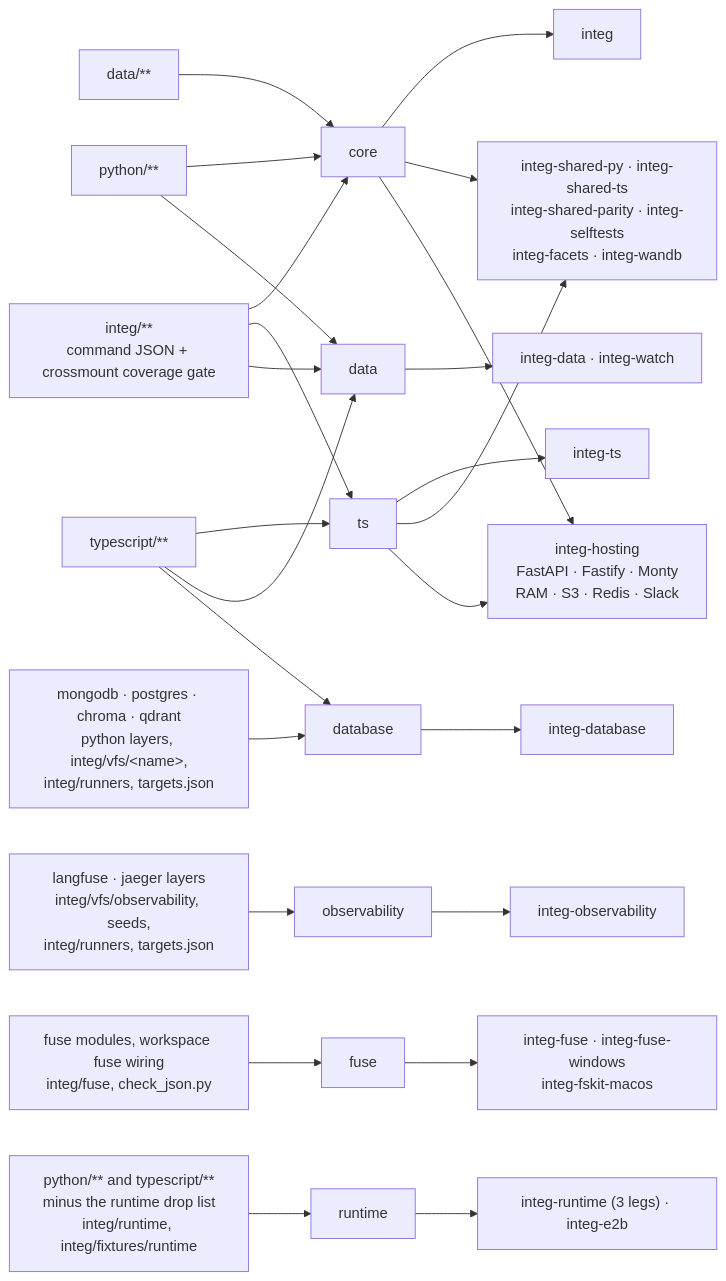
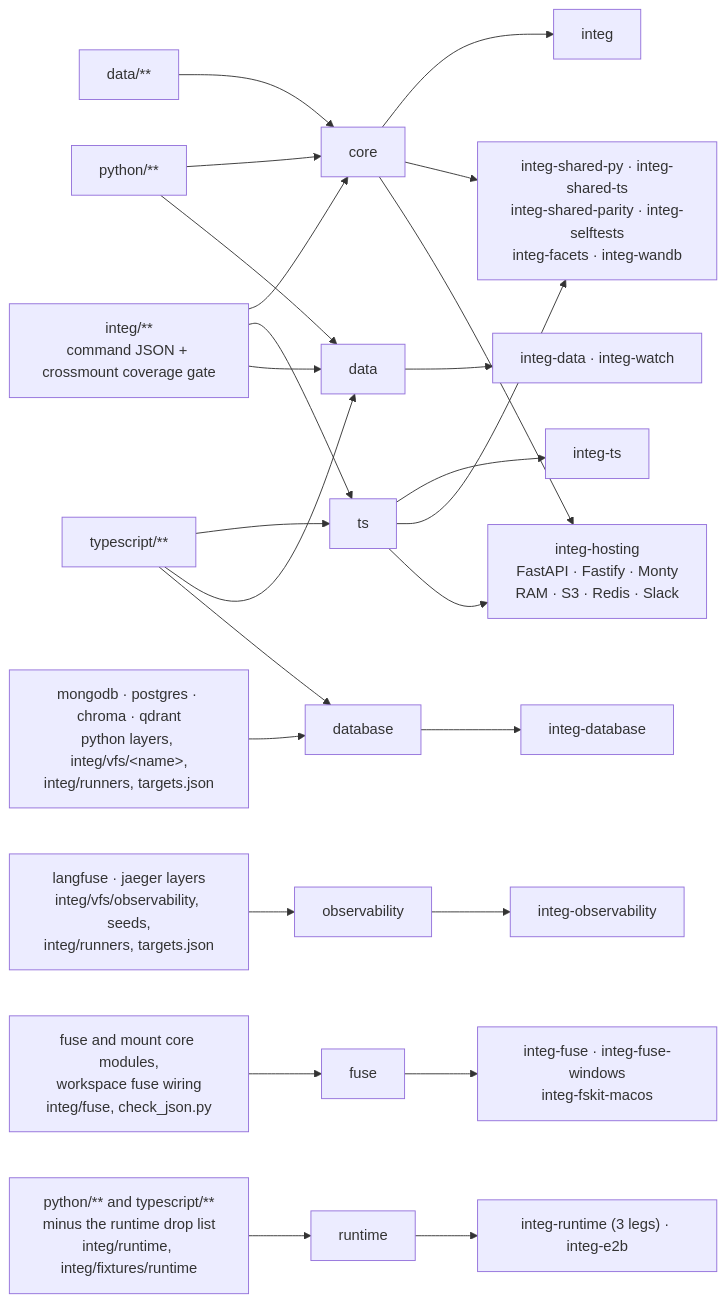
The diagram in integ/README.md (strukto-ai/mirage), drawn with Mermaid before and after one commit. The commit also changed other lines of this file and 10 other files, not shown here.

````diff
--- a/integ/README.md
+++ b/integ/README.md
@@ -186,20 +186,20 @@
 ```mermaid
 flowchart LR
     PY["python/**"] --> core & data
     TSX["typescript/**"] --> ts & data & database
     IN["integ/**<br/>command JSON + crossmount coverage gate"] --> core & ts & data
     D["data/**"] --> core
     DB["mongodb · postgres · chroma · qdrant<br/>python layers, integ/vfs/&lt;name&gt;,<br/>integ/runners, targets.json"] --> database
     OB["langfuse · jaeger layers<br/>integ/vfs/observability, seeds,<br/>integ/runners, targets.json"] --> observability
-    FS["fuse modules, workspace fuse wiring<br/>integ/fuse, check_json.py"] --> fuse
+    FS["fuse and mount core modules,<br/>workspace fuse wiring<br/>integ/fuse, check_json.py"] --> fuse
     RT["python/** and typescript/**<br/>minus the runtime drop list<br/>integ/runtime, integ/fixtures/runtime"] --> runtime
     core --> J1["integ"]
     ts --> J2["integ-ts"]
     core & ts --> J3["integ-shared-py · integ-shared-ts<br/>integ-shared-parity · integ-selftests<br/>integ-facets · integ-wandb"]
     core & ts --> HOST["integ-hosting<br/>FastAPI · Fastify · Monty<br/>RAM · S3 · Redis · Slack"]
     data --> J4["integ-data · integ-watch"]
     database --> J5["integ-database"]
     observability --> J6["integ-observability"]
     fuse --> J7["integ-fuse · integ-fuse-windows<br/>integ-fskit-macos"]
     runtime --> J8["integ-runtime (3 legs) · integ-e2b"]
 ```
````
